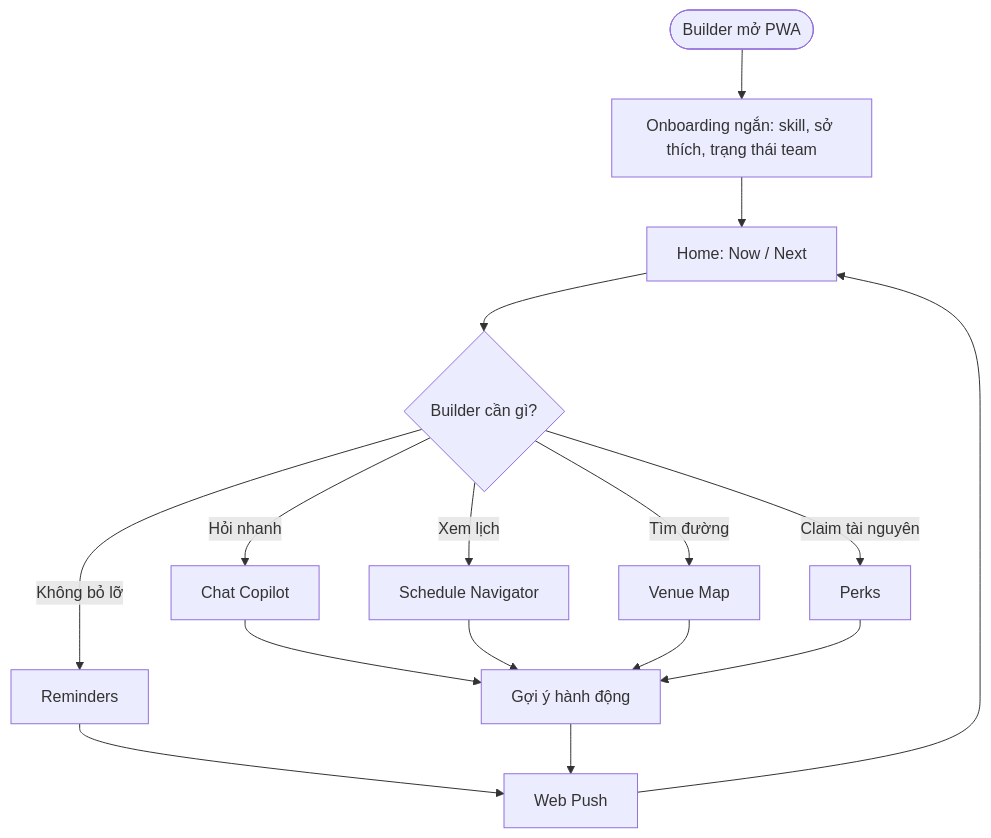
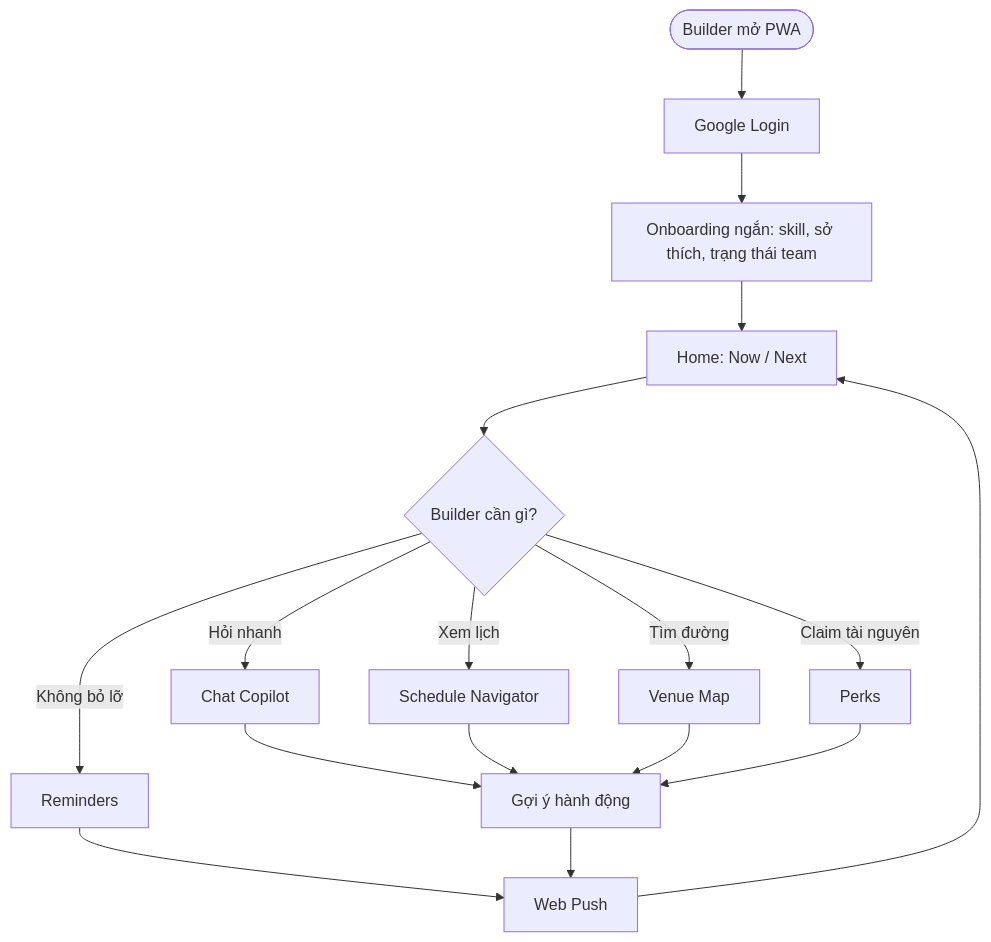
The fourth of 7 diagrams in README.md (khangzens2001/AI-build-week-gemo), drawn with Mermaid before and after one commit. The commit also changed other lines of this file and 151 other files, not shown here.

````diff
--- a/README.md
+++ b/README.md
@@ -150,18 +155,19 @@
 ```mermaid
 flowchart TD
-    A(["Builder mở PWA"]) --> B["Onboarding ngắn: skill, sở thích, trạng thái team"]
+    A(["Builder mở PWA"]) --> L["Google Login"]
+    L --> B["Onboarding ngắn: skill, sở thích, trạng thái team"]
     B --> C["Home: Now / Next"]
     C --> D{"Builder cần gì?"}
     D -->|"Hỏi nhanh"| E["Chat Copilot"]
     D -->|"Xem lịch"| F["Schedule Navigator"]
     D -->|"Tìm đường"| G["Venue Map"]
     D -->|"Claim tài nguyên"| H["Perks"]
     D -->|"Không bỏ lỡ"| I["Reminders"]
     E --> J["Gợi ý hành động"]
     F --> J
     G --> J
     H --> J
     I --> K["Web Push"]
     J --> K
     K --> C
 ```
````
